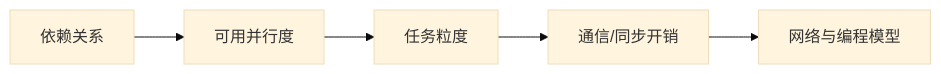
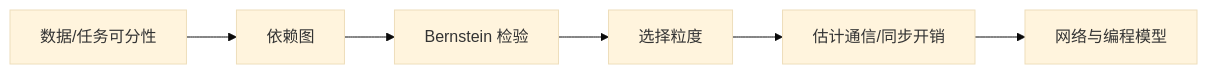
Before and after one commit to Kytolly/NUS-coursework-wiki: the diagram in page/CEG5201/Week02/CEG5201-Week02-粒度通信与网络指标.md, drawn with Mermaid (base theme). The commit also changed other lines of this file and 93 other files, not shown here.

````diff
--- a/page/CEG5201/Week02/CEG5201-Week02-粒度通信与网络指标.md
+++ b/page/CEG5201/Week02/CEG5201-Week02-粒度通信与网络指标.md
@@ -31,7 +49,8 @@
 ```mermaid
 flowchart LR
-    A[依赖关系] --> B[可用并行度]
-    B --> C[任务粒度]
-    C --> D[通信/同步开销]
-    D --> E[网络与编程模型]
+    A[数据/任务可分性] --> B[依赖图]
+    B --> C[Bernstein 检验]
+    C --> D[选择粒度]
+    D --> E[估计通信/同步开销]
+    E --> F[网络与编程模型]
 ```
````
